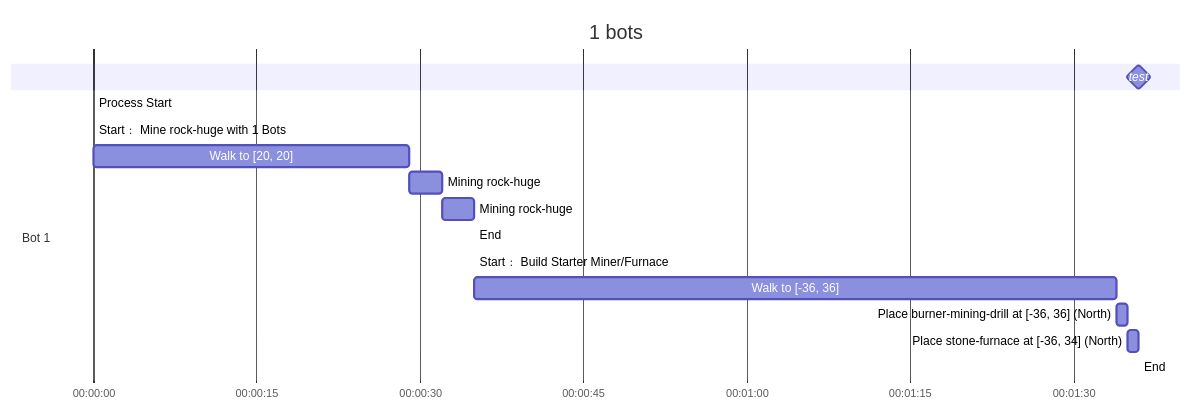
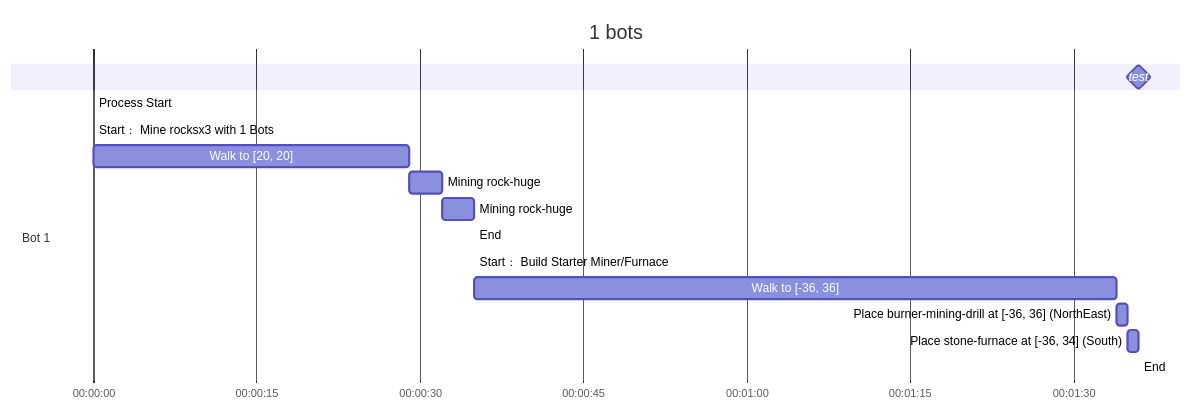
The diagram in crates/scripting_lua/tests/task_graph-1.md (arturh85/factorio-bot), drawn with Mermaid before and after one commit. The commit also changed 18 other files, not shown here.

````diff
--- a/crates/scripting_lua/tests/task_graph-1.md
+++ b/crates/scripting_lua/tests/task_graph-1.md
@@ -1,20 +1,20 @@
 ```mermaid
 gantt
     title 1 bots
     dateFormat HH:mm:ss
     axisFormat %H:%M:%S
     test : milestone, m1, 00:01:36,0s
     section Bot 1
     Process Start : 00:00:00,0s
-    Start﹕ Mine rock-huge with 1 Bots : 0s
+    Start﹕ Mine rocksx3 with 1 Bots : 0s
     Walk to [20, 20] : 29s
     Mining rock-huge : 3s
     Mining rock-huge : 3s
     End : 0s
     Start﹕ Build Starter Miner/Furnace : 0s
     Walk to [-36, 36] : 59s
-    Place burner-mining-drill at [-36, 36] (North) : 1s
-    Place stone-furnace at [-36, 34] (North) : 1s
+    Place burner-mining-drill at [-36, 36] (NorthEast) : 1s
+    Place stone-furnace at [-36, 34] (South) : 1s
     End : 0s
 
 ```
````
